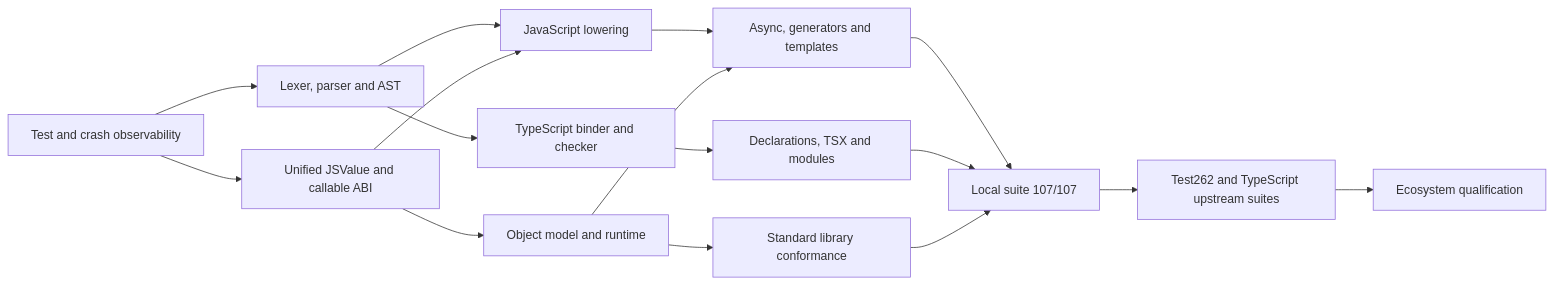
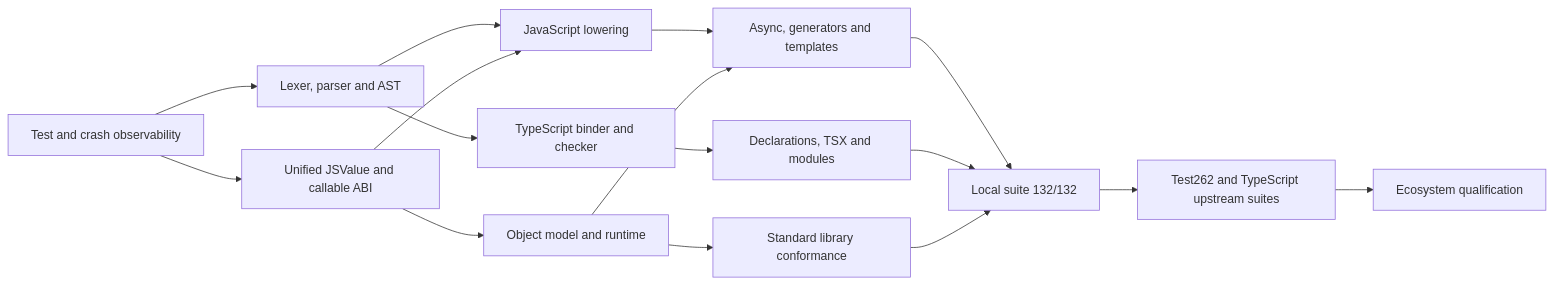
The diagram in docs/JS_TS_100_PERCENT_DEVELOPMENT_PLAN.md (d-osc/Nova), drawn with Mermaid before and after one commit. The commit also changed other lines of this file and 147 other files, not shown here.

````diff
--- a/docs/JS_TS_100_PERCENT_DEVELOPMENT_PLAN.md
+++ b/docs/JS_TS_100_PERCENT_DEVELOPMENT_PLAN.md
@@ -67,18 +57,18 @@
 ```mermaid
 flowchart LR
     A["Test and crash observability"] --> B["Lexer, parser and AST"]
     A --> C["Unified JSValue and callable ABI"]
     B --> D["JavaScript lowering"]
     C --> D
     B --> E["TypeScript binder and checker"]
     C --> F["Object model and runtime"]
     D --> G["Async, generators and templates"]
     F --> G
     E --> H["Declarations, TSX and modules"]
     F --> I["Standard library conformance"]
-    G --> J["Local suite 107/107"]
+    G --> J["Local suite 132/132"]
     H --> J
     I --> J
     J --> K["Test262 and TypeScript upstream suites"]
     K --> L["Ecosystem qualification"]
 ```
````
